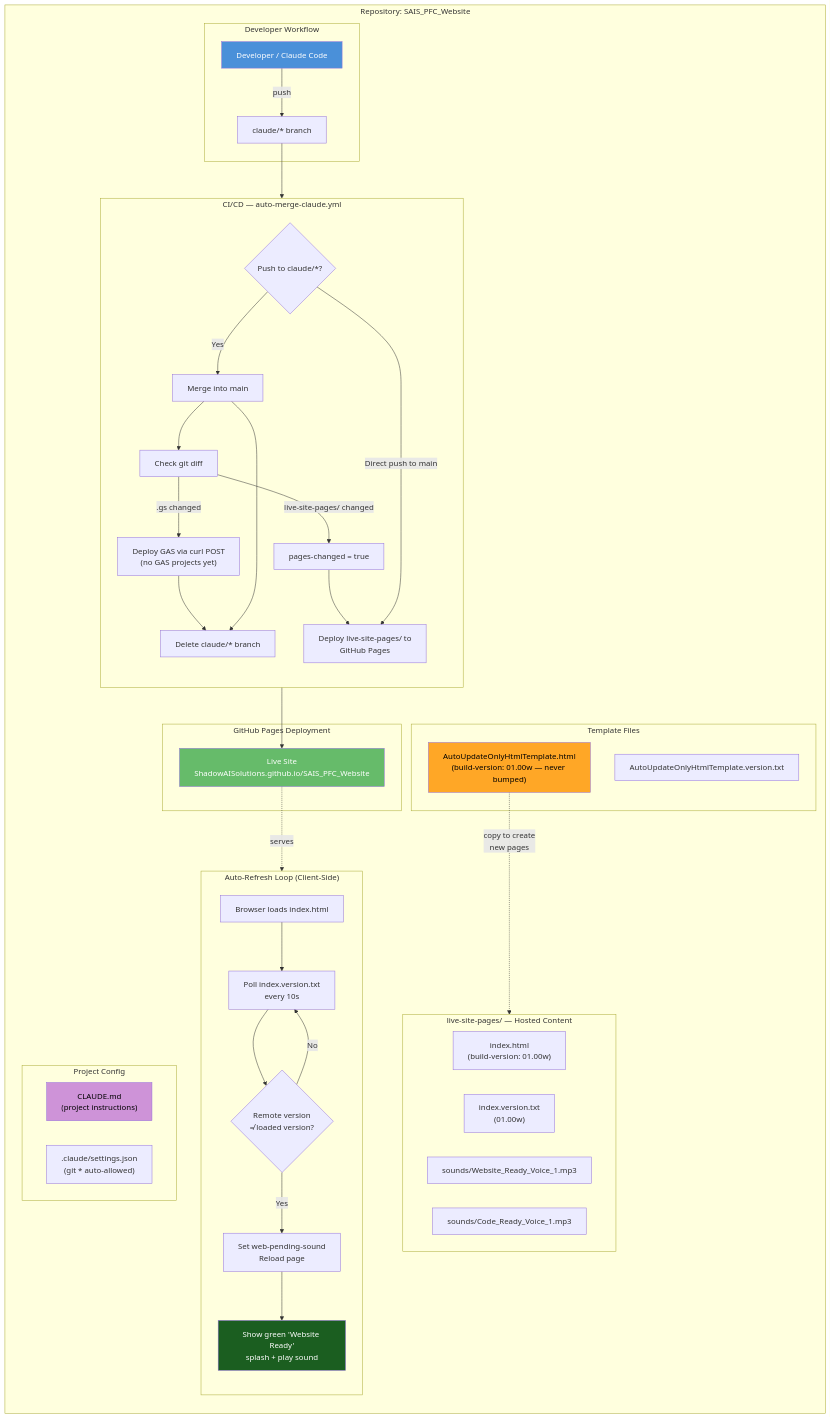
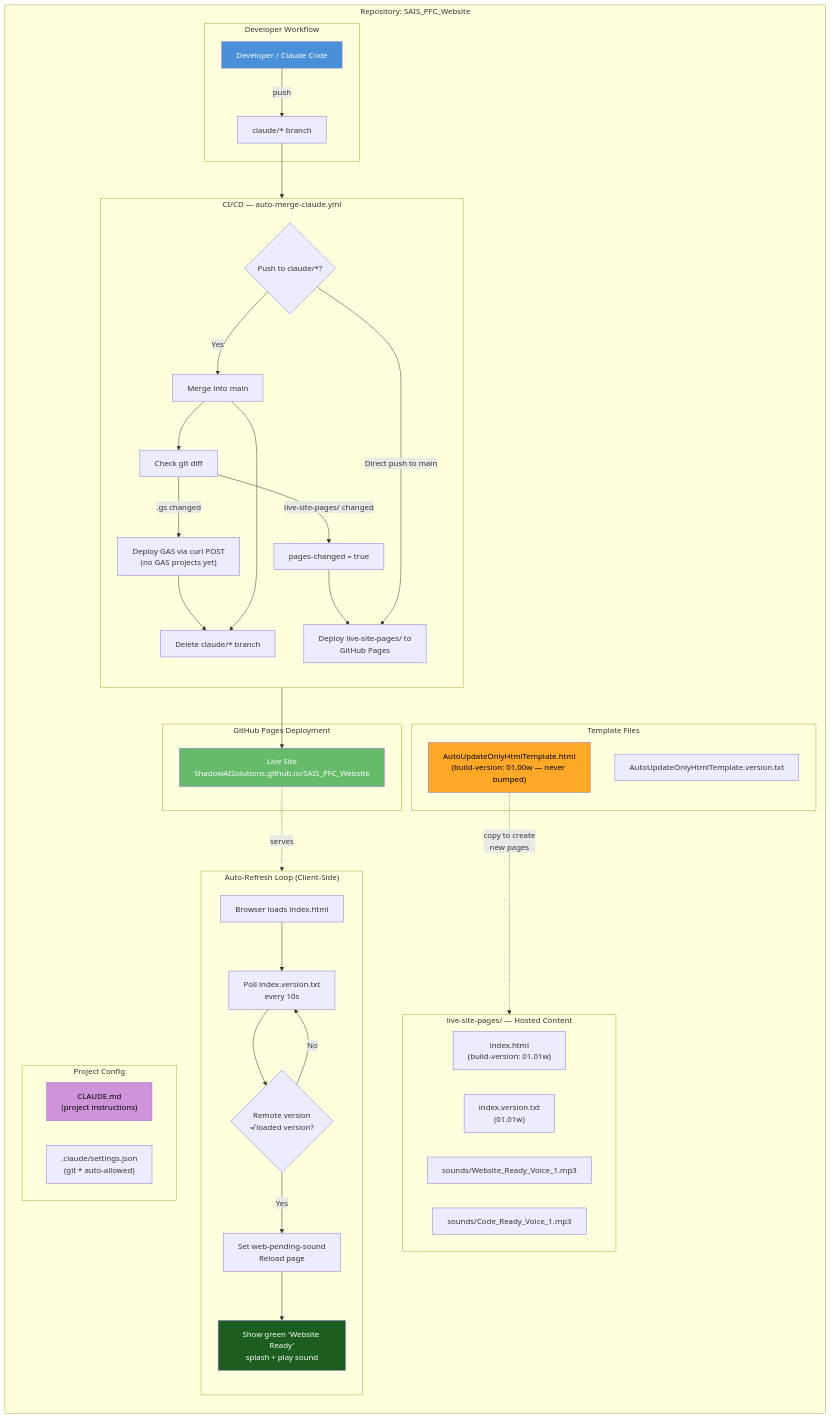
One commit to ShadowAISolutions/SAIS_PFC_Website changed the diagram in repository-information/ARCHITECTURE.md. Above: the diagram before and after it, drawn with Mermaid. The commit also changed 5 other files, not shown here.

````diff
--- a/repository-information/ARCHITECTURE.md
+++ b/repository-information/ARCHITECTURE.md
@@ -3,73 +3,73 @@
 ```mermaid
 graph TB
     subgraph "Repository: SAIS_PFC_Website"
         direction TB
 
         subgraph "Developer Workflow"
             DEV["Developer / Claude Code"]
             CB["claude/* branch"]
             DEV -->|"push"| CB
         end
 
         subgraph "CI/CD — auto-merge-claude.yml"
             direction TB
             TRIGGER{"Push to claude/*?"}
             CB --> TRIGGER
             TRIGGER -->|Yes| MERGE["Merge into main"]
             MERGE --> DIFF["Check git diff"]
             DIFF -->|"live-site-pages/ changed"| PAGES_FLAG["pages-changed = true"]
             DIFF -->|".gs changed"| GAS_DEPLOY["Deploy GAS via curl POST\n(no GAS projects yet)"]
             GAS_DEPLOY --> DELETE_BR
             MERGE --> DELETE_BR["Delete claude/* branch"]
             PAGES_FLAG --> DEPLOY_PAGES
             TRIGGER -->|"Direct push to main"| DEPLOY_PAGES
         end
 
         subgraph "GitHub Pages Deployment"
             DEPLOY_PAGES["Deploy live-site-pages/ to\nGitHub Pages"]
             LIVE["Live Site\nShadowAISolutions.github.io/SAIS_PFC_Website"]
             DEPLOY_PAGES --> LIVE
         end
 
         subgraph "live-site-pages/ — Hosted Content"
             direction LR
-            INDEX["index.html\n(build-version: 01.00w)"]
-            VERTXT["index.version.txt\n(01.00w)"]
+            INDEX["index.html\n(build-version: 01.01w)"]
+            VERTXT["index.version.txt\n(01.01w)"]
             SND1["sounds/Website_Ready_Voice_1.mp3"]
             SND2["sounds/Code_Ready_Voice_1.mp3"]
         end
 
         subgraph "Auto-Refresh Loop (Client-Side)"
             direction TB
             BROWSER["Browser loads index.html"]
             POLL["Poll index.version.txt\nevery 10s"]
             COMPARE{"Remote version\n≠ loaded version?"}
             RELOAD["Set web-pending-sound\nReload page"]
             SPLASH["Show green 'Website Ready'\nsplash + play sound"]
             BROWSER --> POLL
             POLL --> COMPARE
             COMPARE -->|Yes| RELOAD
             RELOAD --> SPLASH
             COMPARE -->|No| POLL
         end
 
         subgraph "Template Files"
             TPL["AutoUpdateOnlyHtmlTemplate.html\n(build-version: 01.00w — never bumped)"]
             TPL_VER["AutoUpdateOnlyHtmlTemplate.version.txt"]
         end
 
         subgraph "Project Config"
             CLAUDE_MD["CLAUDE.md\n(project instructions)"]
             SETTINGS[".claude/settings.json\n(git * auto-allowed)"]
         end
     end
 
     TPL -.->|"copy to create\nnew pages"| INDEX
     LIVE -.->|"serves"| BROWSER
 
     style DEV fill:#4a90d9,color:#fff
     style LIVE fill:#66bb6a,color:#fff
     style SPLASH fill:#1b5e20,color:#fff
     style TPL fill:#ffa726,color:#000
     style CLAUDE_MD fill:#ce93d8,color:#000
 ```
````
